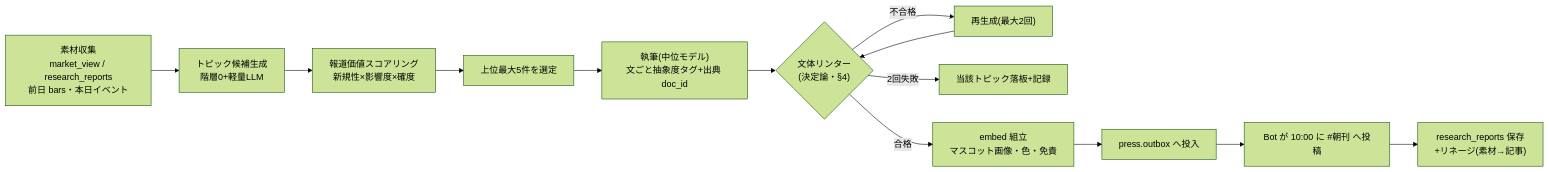
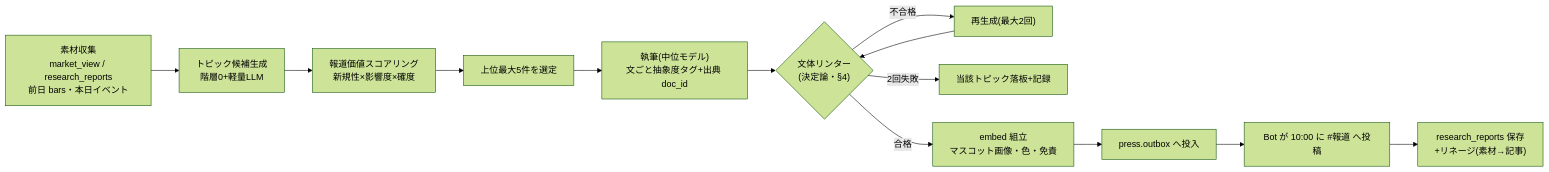
Before and after one commit to klonyapin/ryza: the second of 3 diagrams in docs/design/30-press-discord.md, drawn with Mermaid (forest theme). The commit also changed other lines of this file, not shown here.

````diff
--- a/docs/design/30-press-discord.md
+++ b/docs/design/30-press-discord.md
@@ -33,14 +33,14 @@
 ```mermaid
 flowchart LR
   A["素材収集<br>market_view / research_reports<br>前日 bars・本日イベント"] --> B["トピック候補生成<br>階層0+軽量LLM"]
   B --> C["報道価値スコアリング<br>新規性×影響度×確度"]
   C --> D["上位最大5件を選定"]
   D --> E["執筆(中位モデル)<br>文ごと抽象度タグ+出典 doc_id"]
   E --> F{"文体リンター<br>(決定論・§4)"}
   F -->|不合格| E2["再生成(最大2回)"] --> F
   F -->|2回失敗| G["当該トピック落板+記録"]
   F -->|合格| H["embed 組立<br>マスコット画像・色・免責"]
   H --> I["press.outbox へ投入"]
-  I --> J["Bot が 10:00 に #朝刊 へ投稿"]
+  I --> J["Bot が 10:00 に #報道 へ投稿"]
   J --> K["research_reports 保存<br>+リネージ(素材→記事)"]
 ```
````
